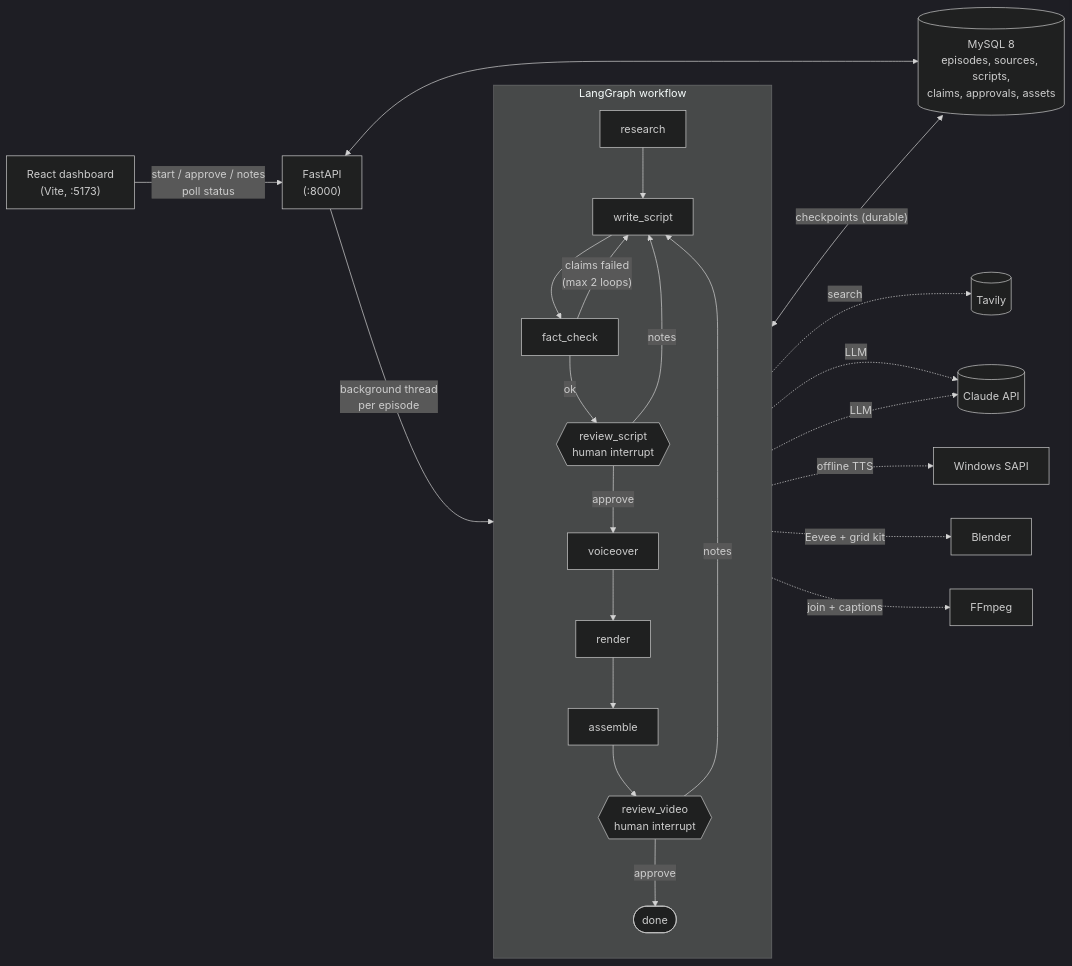
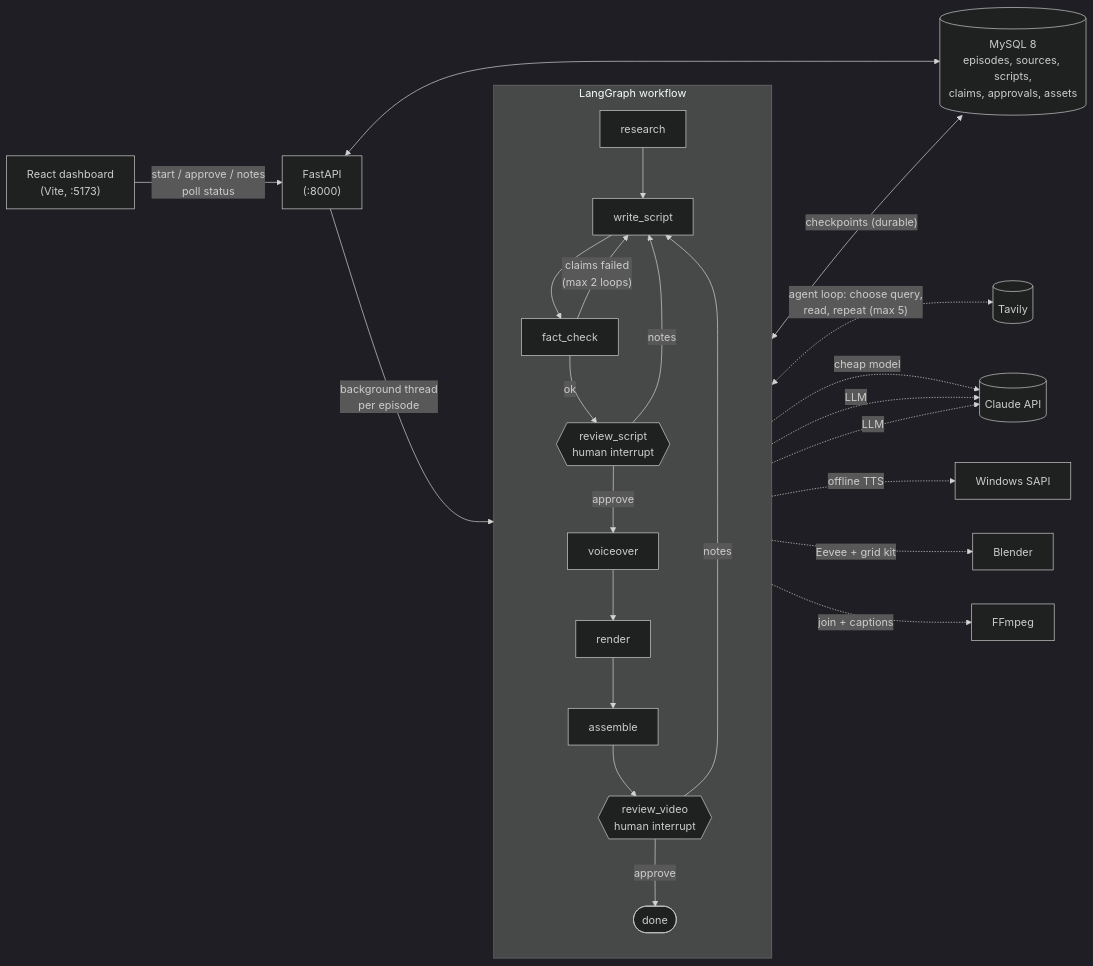
Before and after one commit to krishnadattach/breaking-point-studio: the diagram in README.md, drawn with Mermaid (dark theme). The commit also changed other lines of this file and 2 other files, not shown here.

Commit message:
Docs: README (agent section, roadmap) and PROGRESS for Stage 7

````diff
--- a/README.md
+++ b/README.md
@@ -25,30 +28,31 @@
 ```mermaid
 flowchart LR
     UI["React dashboard<br/>(Vite, :5173)"] -- "start / approve / notes<br/>poll status" --> API["FastAPI<br/>(:8000)"]
     API -- "background thread<br/>per episode" --> G
 
     subgraph G["LangGraph workflow"]
         direction TB
         R[research] --> W[write_script]
         W --> F[fact_check]
         F -- "claims failed<br/>(max 2 loops)" --> W
         F -- ok --> RS{{"review_script<br/>human interrupt"}}
         RS -- "notes" --> W
         RS -- approve --> V[voiceover]
         V --> RN[render]
         RN --> A[assemble]
         A --> RV{{"review_video<br/>human interrupt"}}
         RV -- "notes" --> W
         RV -- approve --> E([done])
     end
 
-    R -. search .-> T[(Tavily)]
+    R <-. "agent loop: choose query,<br/>read, repeat (max 5)" .-> T[(Tavily)]
+    R -. "cheap model" .-> C
     W -. LLM .-> C[(Claude API)]
     F -. LLM .-> C
     V -. "offline TTS" .-> SAPI[Windows SAPI]
     RN -. "Eevee + grid kit" .-> B[Blender]
     A -. "join + captions" .-> FF[FFmpeg]
 
     G <-- "checkpoints (durable)" --> DB[("MySQL 8<br/>episodes, sources, scripts,<br/>claims, approvals, assets")]
     API <--> DB
 ```
````
